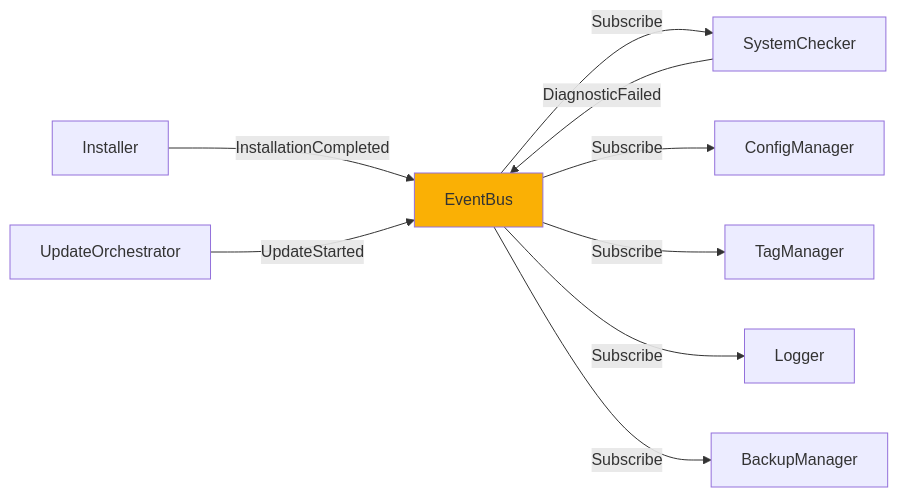
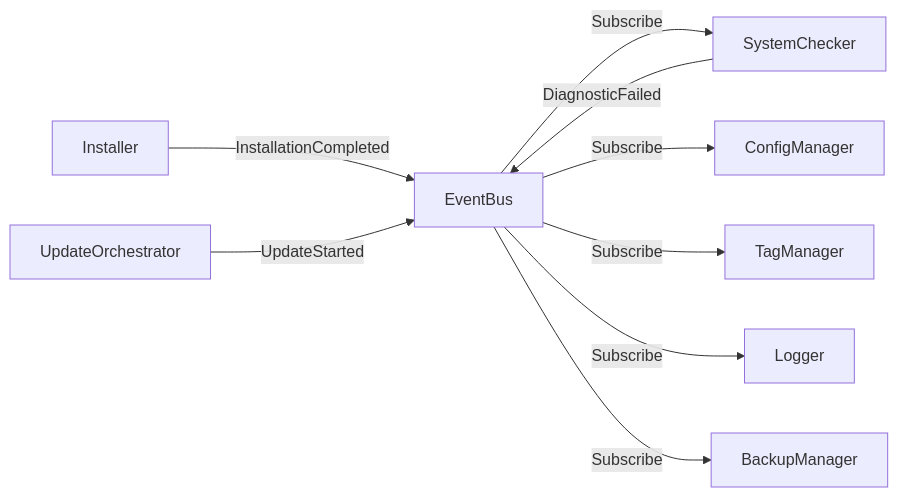
Before and after one commit to modu-ai/moai-adk: the ninth of 9 diagrams in docs/reference/core-modules.md, drawn with Mermaid. The commit also changed other lines of this file and 299 other files, not shown here.

First line of the commit message:
🎨 feat: Mermaid 다크/라이트 테마 대응 + trust-checker 통합

````diff
--- a/docs/reference/core-modules.md
+++ b/docs/reference/core-modules.md
@@ -1733,15 +1727,14 @@
 ```mermaid
 graph LR
     Installer -->|InstallationCompleted| EventBus
     EventBus -->|Subscribe| SystemChecker
     EventBus -->|Subscribe| ConfigManager
     EventBus -->|Subscribe| TagManager
 
     SystemChecker -->|DiagnosticFailed| EventBus
     EventBus -->|Subscribe| Logger
 
     UpdateOrchestrator -->|UpdateStarted| EventBus
     EventBus -->|Subscribe| BackupManager
 
-    style EventBus fill:#fab005
 ```
````
